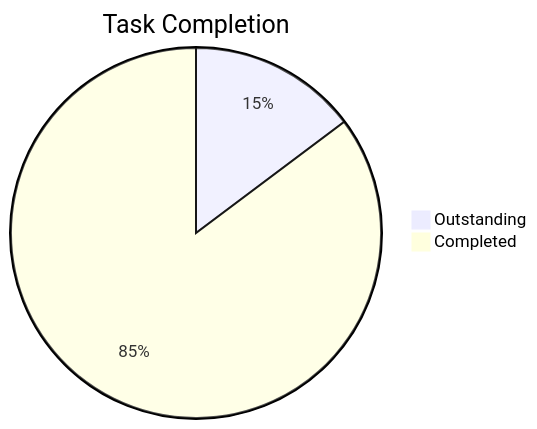
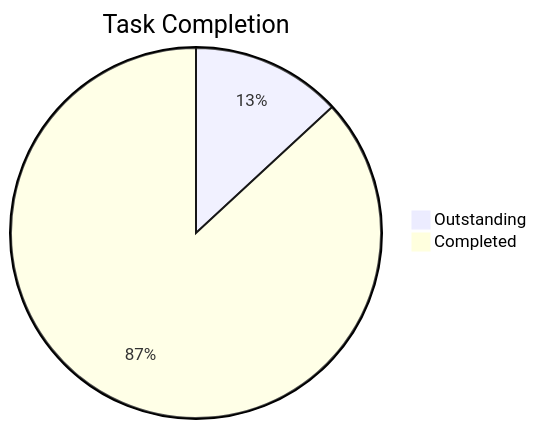
The diagram in POC-EuroCRM-Vault/dashboard.md (newportg/POC-EuroCRM), drawn with Mermaid before and after one commit. The commit also changed other lines of this file and 2 other files, not shown here.

````diff
--- a/POC-EuroCRM-Vault/dashboard.md
+++ b/POC-EuroCRM-Vault/dashboard.md
@@ -5,5 +5,5 @@
 ```mermaid
 pie title Task Completion
-    "Outstanding" : 9
-    "Completed" : 52
+    "Outstanding" : 8
+    "Completed" : 53
 ```
````
